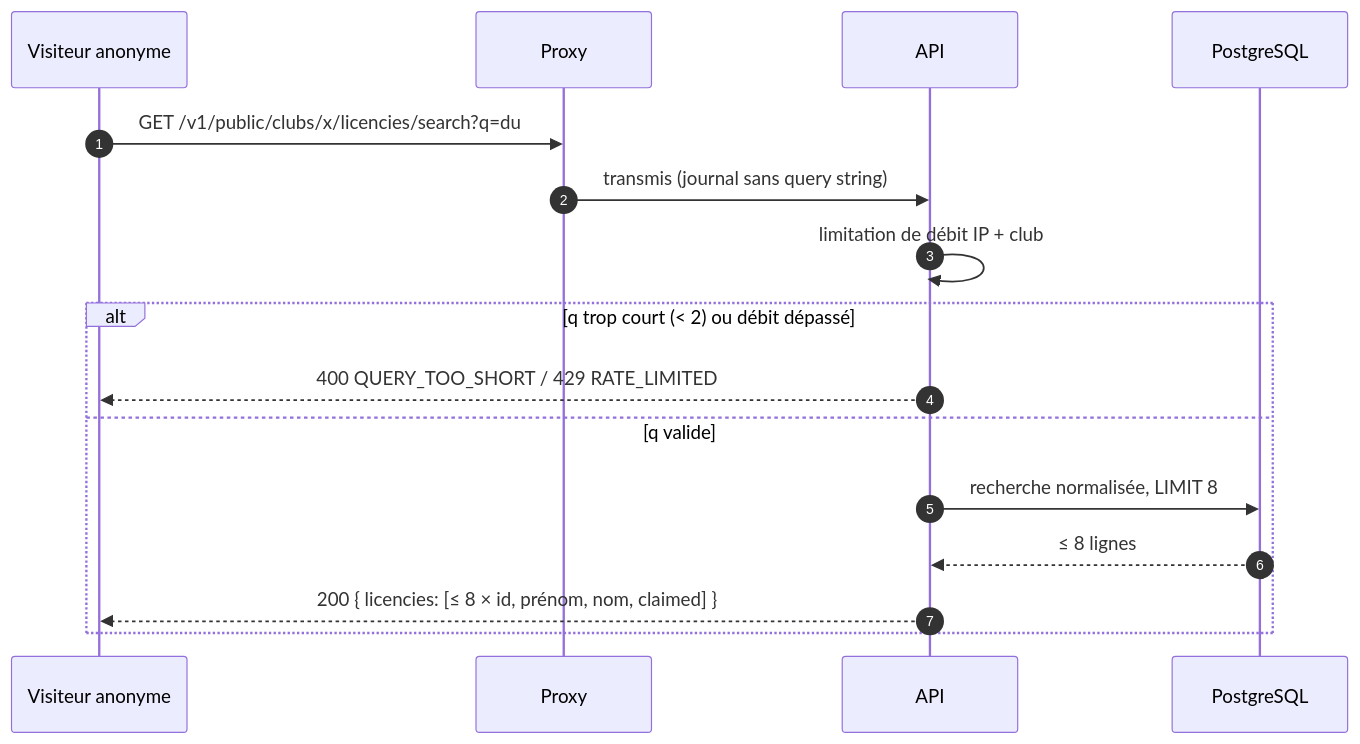
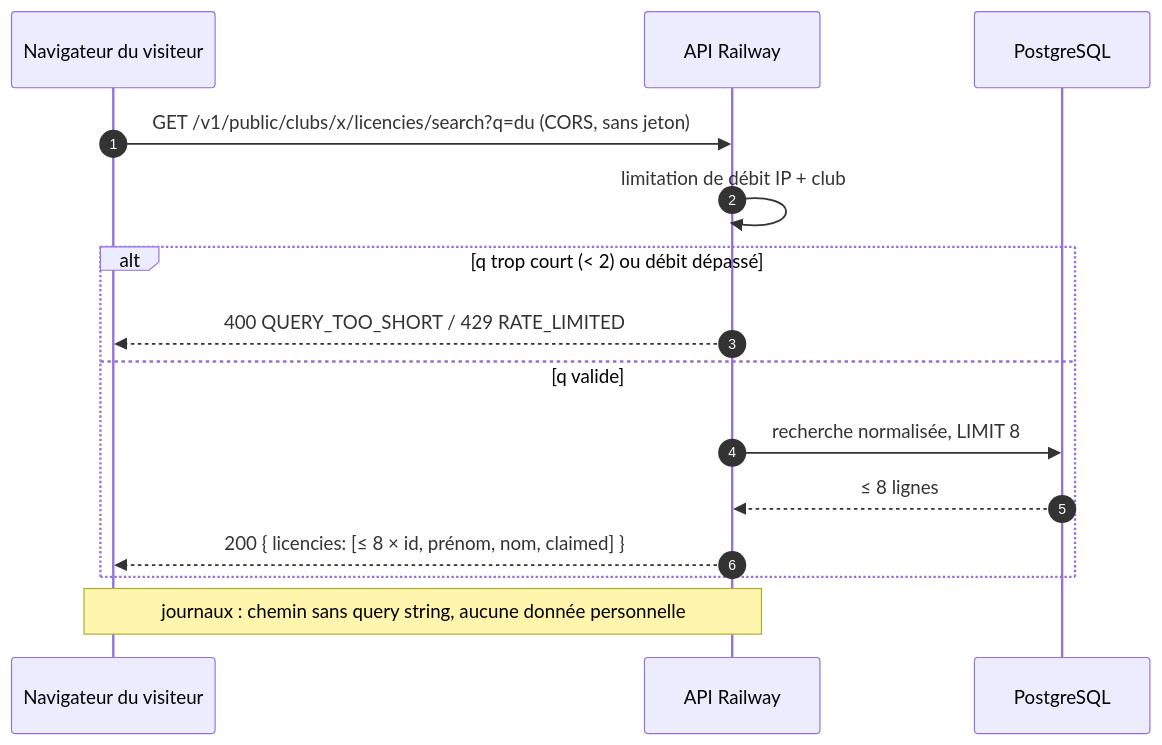
One commit to anisfut1/SCSB changed the fifth of 6 diagrams in docs/migration/05-architecture-cible.md. Above: the diagram before and after it, drawn with Mermaid. The commit also changed other lines of this file and 15 other files, not shown here.

````diff
--- a/docs/migration/05-architecture-cible.md
+++ b/docs/migration/05-architecture-cible.md
@@ -102,18 +124,17 @@
 ```mermaid
 sequenceDiagram
   autonumber
-  participant V as Visiteur anonyme
-  participant P as Proxy
-  participant A as API
+  participant V as Navigateur du visiteur
+  participant A as API Railway
   participant D as PostgreSQL
-  V->>P: GET /v1/public/clubs/x/licencies/search?q=du
-  P->>A: transmis (journal sans query string)
+  V->>A: GET /v1/public/clubs/x/licencies/search?q=du (CORS, sans jeton)
   A->>A: limitation de débit IP + club
   alt q trop court (< 2) ou débit dépassé
     A-->>V: 400 QUERY_TOO_SHORT / 429 RATE_LIMITED
   else q valide
     A->>D: recherche normalisée, LIMIT 8
     D-->>A: ≤ 8 lignes
     A-->>V: 200 { licencies: [≤ 8 × id, prénom, nom, claimed] }
   end
+  Note over V,A: journaux : chemin sans query string, aucune donnée personnelle
 ```
````
